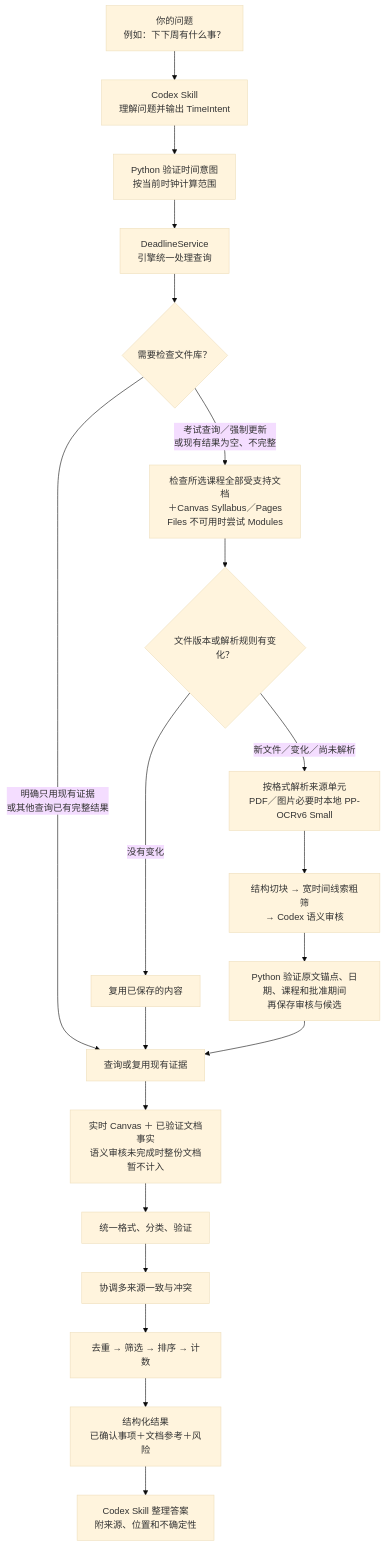
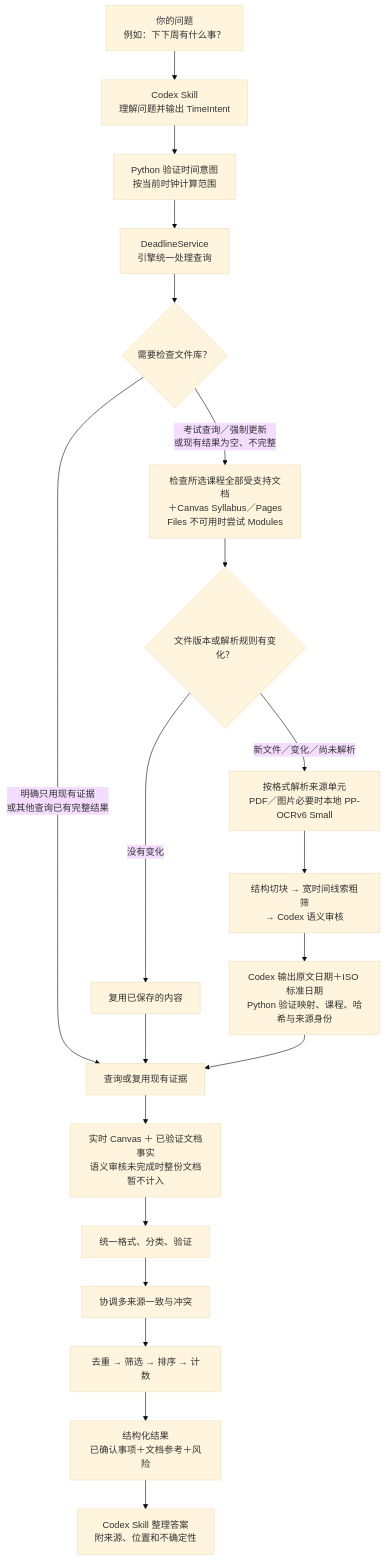
The diagram in docs/CANVAS_DDL_FLOWCHART.md (zhangleqi04-dev/canvas-ddl), drawn with Mermaid (base theme) before and after one commit. The commit also changed other lines of this file and 28 other files, not shown here.

````diff
--- a/docs/CANVAS_DDL_FLOWCHART.md
+++ b/docs/CANVAS_DDL_FLOWCHART.md
@@ -5,25 +5,25 @@
 ```mermaid
 flowchart TD
     A["你的问题<br/>例如：下下周有什么事？"] --> B["Codex Skill<br/>理解问题并输出 TimeIntent"]
     B --> T["Python 验证时间意图<br/>按当前时钟计算范围"]
     T --> C["DeadlineService<br/>引擎统一处理查询"]
     C --> D{"需要检查文件库？"}
 
     D -->|"考试查询／强制更新<br/>或现有结果为空、不完整"| E["检查所选课程全部受支持文档<br/>＋Canvas Syllabus／Pages<br/>Files 不可用时尝试 Modules"]
     D -->|"明确只用现有证据<br/>或其他查询已有完整结果"| H["查询或复用现有证据"]
 
     E --> F{"文件版本或解析规则有变化？"}
     F -->|"没有变化"| G["复用已保存的内容"]
     F -->|"新文件／变化／尚未解析"| O["按格式解析来源单元<br/>PDF／图片必要时本地 PP-OCRv6 Small"]
     O --> P["结构切块 → 宽时间线索粗筛<br/>→ Codex 语义审核"]
-    P --> V["Python 验证原文锚点、日期、课程和批准期间<br/>再保存审核与候选"]
+    P --> V["Codex 输出原文日期＋ISO 标准日期<br/>Python 验证映射、课程、哈希与来源身份"]
     G --> H
     V --> H
 
     H --> I["实时 Canvas ＋ 已验证文档事实<br/>语义审核未完成时整份文档暂不计入"]
     I --> J["统一格式、分类、验证"]
     J --> K["协调多来源一致与冲突"]
     K --> L["去重 → 筛选 → 排序 → 计数"]
     L --> M["结构化结果<br/>已确认事项＋文档参考＋风险"]
     M --> N["Codex Skill 整理答案<br/>附来源、位置和不确定性"]
 ```
````
